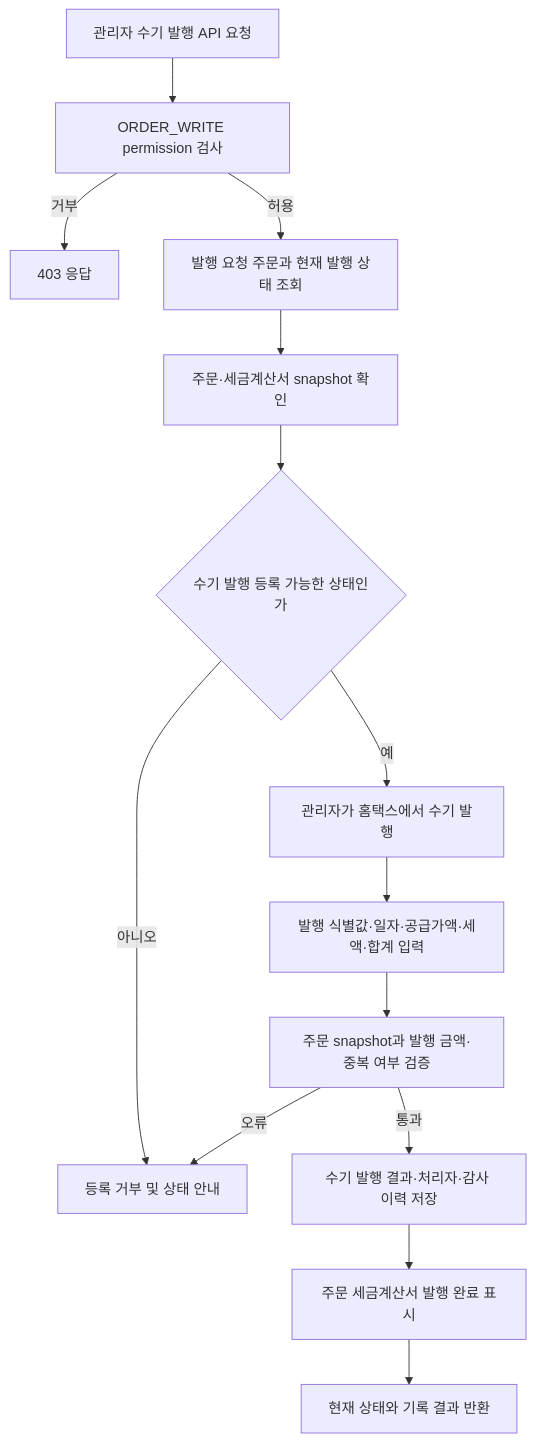
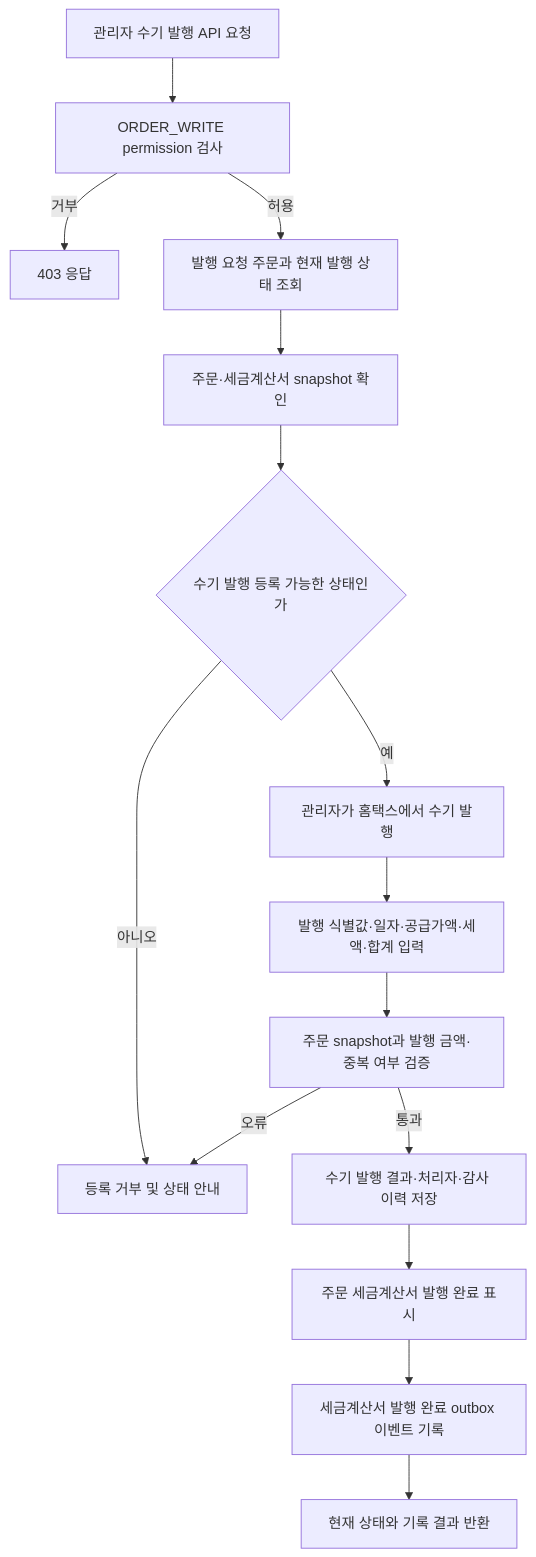
Before and after one commit to DongHyeonEom/umji-market-api: the sixth of 7 diagrams in docs/services/operation.md, drawn with Mermaid. The commit also changed other lines of this file and 5 other files, not shown here.

````diff
--- a/docs/services/operation.md
+++ b/docs/services/operation.md
@@ -388,16 +388,17 @@
 ```mermaid
 flowchart TD
     ADMIN[관리자 수기 발행 API 요청] --> AUTH[ORDER_WRITE permission 검사]
     AUTH -->|거부| DENY[403 응답]
     AUTH -->|허용| LIST[발행 요청 주문과 현재 발행 상태 조회]
     LIST --> SELECT[주문·세금계산서 snapshot 확인]
     SELECT --> ELIGIBLE{수기 발행 등록 가능한 상태인가}
     ELIGIBLE -->|아니오| REJECT[등록 거부 및 상태 안내]
     ELIGIBLE -->|예| HOMETAX[관리자가 홈택스에서 수기 발행]
     HOMETAX --> INPUT[발행 식별값·일자·공급가액·세액·합계 입력]
     INPUT --> VALIDATE[주문 snapshot과 발행 금액·중복 여부 검증]
     VALIDATE -->|오류| REJECT
     VALIDATE -->|통과| SAVE[수기 발행 결과·처리자·감사 이력 저장]
     SAVE --> ISSUED[주문 세금계산서 발행 완료 표시]
-    ISSUED --> RESPONSE[현재 상태와 기록 결과 반환]
+    ISSUED --> OUTBOX[세금계산서 발행 완료 outbox 이벤트 기록]
+    OUTBOX --> RESPONSE[현재 상태와 기록 결과 반환]
 ```
````
